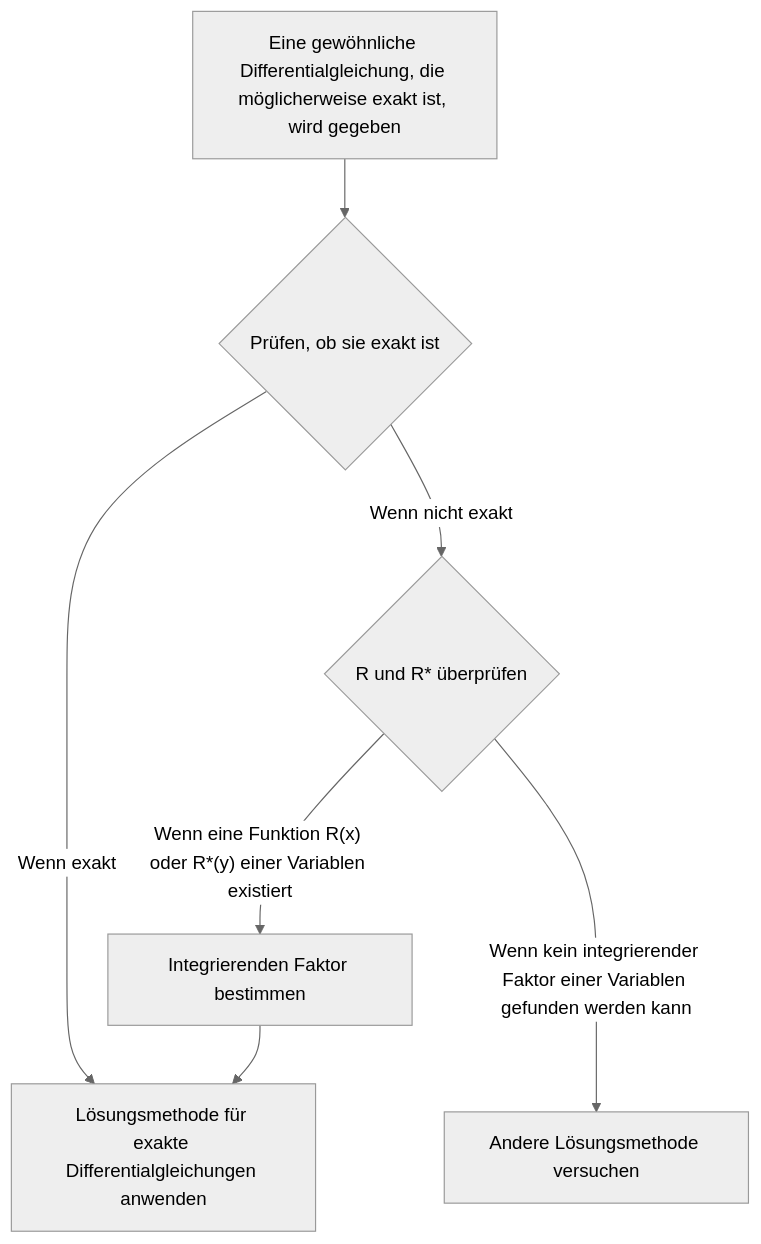
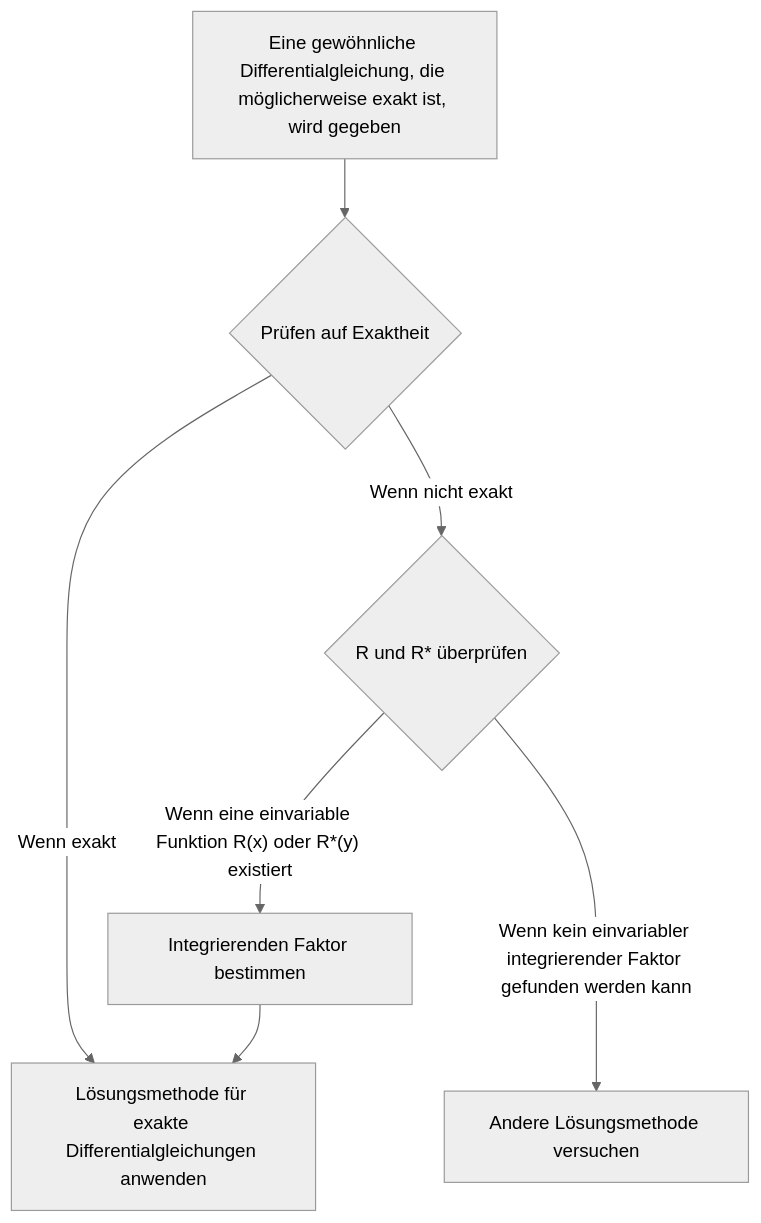
One commit to yunseo-kim/yunseo-kim.github.io changed the diagram in _posts/de/2022-03-09-Exact-Differential-Equation-and-Integrating-Factor.md. Above: the diagram before and after it, drawn with Mermaid (neutral theme). The commit also changed other lines of this file and 116 other files, not shown here.

````diff
--- a/_posts/de/2022-03-09-Exact-Differential-Equation-and-Integrating-Factor.md
+++ b/_posts/de/2022-03-09-Exact-Differential-Equation-and-Integrating-Factor.md
@@ -12,20 +12,20 @@
 ```mermaid
 flowchart TD
 	ODE[Eine gewöhnliche Differentialgleichung, die möglicherweise exakt ist, wird gegeben]
-	IsExact{Prüfen, ob sie exakt ist}
+	IsExact{Prüfen auf Exaktheit}
 
 	ODE --> IsExact
 
 	Solve[Lösungsmethode für exakte Differentialgleichungen anwenden]
 	CheckR{R und R* überprüfen}
 
 	IsExact -->|Wenn exakt| Solve
 	IsExact -->|Wenn nicht exakt| CheckR
 
 	DetermineFactor[Integrierenden Faktor bestimmen]
 	fail[Andere Lösungsmethode versuchen]
 
-	CheckR -->|"Wenn eine Funktion R(x) oder R*(y) einer Variablen existiert"| DetermineFactor
-	CheckR --->|Wenn kein integrierender Faktor einer Variablen gefunden werden kann| fail
+	CheckR -->|"Wenn eine einvariable Funktion R(x) oder R*(y) existiert"| DetermineFactor
+	CheckR --->|Wenn kein einvariabler integrierender Faktor gefunden werden kann| fail
 	DetermineFactor --> Solve
 ```
````
